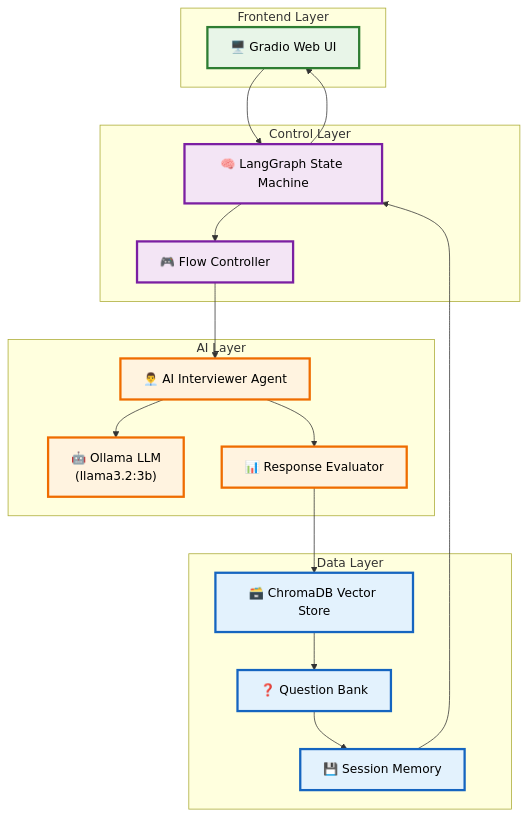
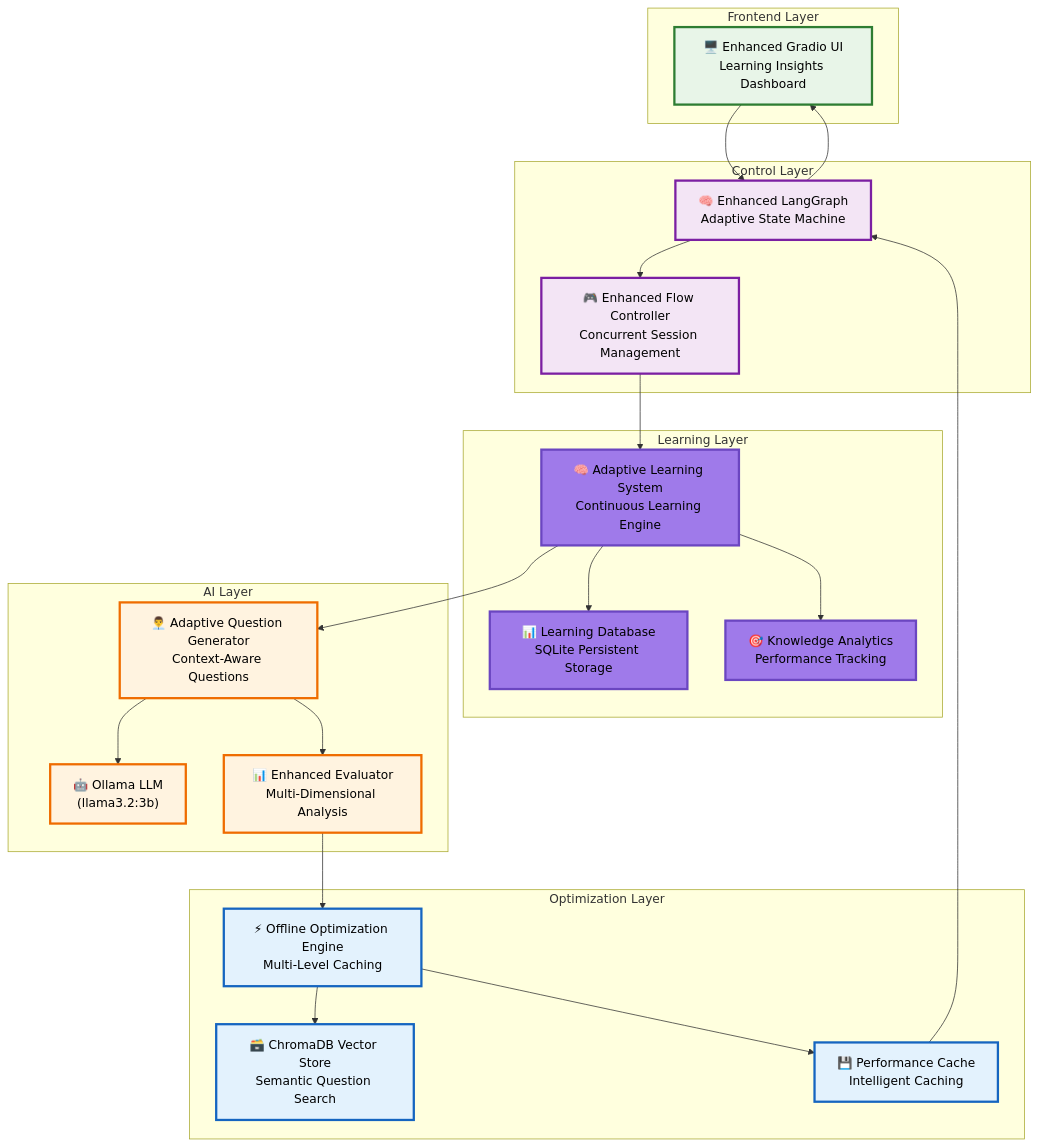
The first of 4 diagrams in README.md (VIKAS9793/ai-interviewer-langchain), drawn with Mermaid before and after one commit. The commit also changed other lines of this file and 11 other files, not shown here.

First line of the commit message:
Implement enhanced autonomous learning system with offline optimization

````diff
--- a/README.md
+++ b/README.md
@@ -220,44 +221,55 @@
 ```mermaid
 graph TB
     subgraph "Frontend Layer"
-        A["🖥️ Gradio Web UI"]
+        A["🖥️ Enhanced Gradio UI<br/>Learning Insights Dashboard"]
     end
     
     subgraph "Control Layer" 
-        B["🧠 LangGraph State Machine"]
-        C["🎮 Flow Controller"]
+        B["🧠 Enhanced LangGraph<br/>Adaptive State Machine"]
+        C["🎮 Enhanced Flow Controller<br/>Concurrent Session Management"]
+    end
+    
+    subgraph "Learning Layer"
+        D["🧠 Adaptive Learning System<br/>Continuous Learning Engine"]
+        E["📊 Learning Database<br/>SQLite Persistent Storage"]
+        F["🎯 Knowledge Analytics<br/>Performance Tracking"]
     end
     
     subgraph "AI Layer"
-        D["🤖 Ollama LLM<br/>(llama3.2:3b)"]
-        E["👨‍💼 AI Interviewer Agent"]
-        F["📊 Response Evaluator"]
+        G["🤖 Ollama LLM<br/>(llama3.2:3b)"]
+        H["👨‍💼 Adaptive Question Generator<br/>Context-Aware Questions"]
+        I["📊 Enhanced Evaluator<br/>Multi-Dimensional Analysis"]
     end
     
-    subgraph "Data Layer"
-        G["🗃️ ChromaDB Vector Store"]
-        H["❓ Question Bank"]
-        I["💾 Session Memory"]
+    subgraph "Optimization Layer"
+        J["⚡ Offline Optimization Engine<br/>Multi-Level Caching"]
+        K["🗃️ ChromaDB Vector Store<br/>Semantic Question Search"]
+        L["💾 Performance Cache<br/>Intelligent Caching"]
     end
     
     A --> B
     B --> C
-    C --> E
-    E --> D
-    E --> F
-    F --> G
-    G --> H
+    C --> D
+    D --> E
+    D --> F
+    D --> H
+    H --> G
     H --> I
-    I --> B
+    I --> J
+    J --> K
+    J --> L
+    L --> B
     B --> A
     
     classDef frontend fill:#e8f5e8,stroke:#2e7d32,stroke-width:3px,color:#000000
     classDef control fill:#f3e5f5,stroke:#7b1fa2,stroke-width:3px,color:#000000
+    classDef learning fill:#9f7aea,stroke:#6b46c1,stroke-width:3px,color:#000000
     classDef ai fill:#fff3e0,stroke:#ef6c00,stroke-width:3px,color:#000000
-    classDef data fill:#e3f2fd,stroke:#1565c0,stroke-width:3px,color:#000000
+    classDef optimization fill:#e3f2fd,stroke:#1565c0,stroke-width:3px,color:#000000
     
     class A frontend
     class B,C control
-    class D,E,F ai
-    class G,H,I data
+    class D,E,F learning
+    class G,H,I ai
+    class J,K,L optimization
 ```
````
